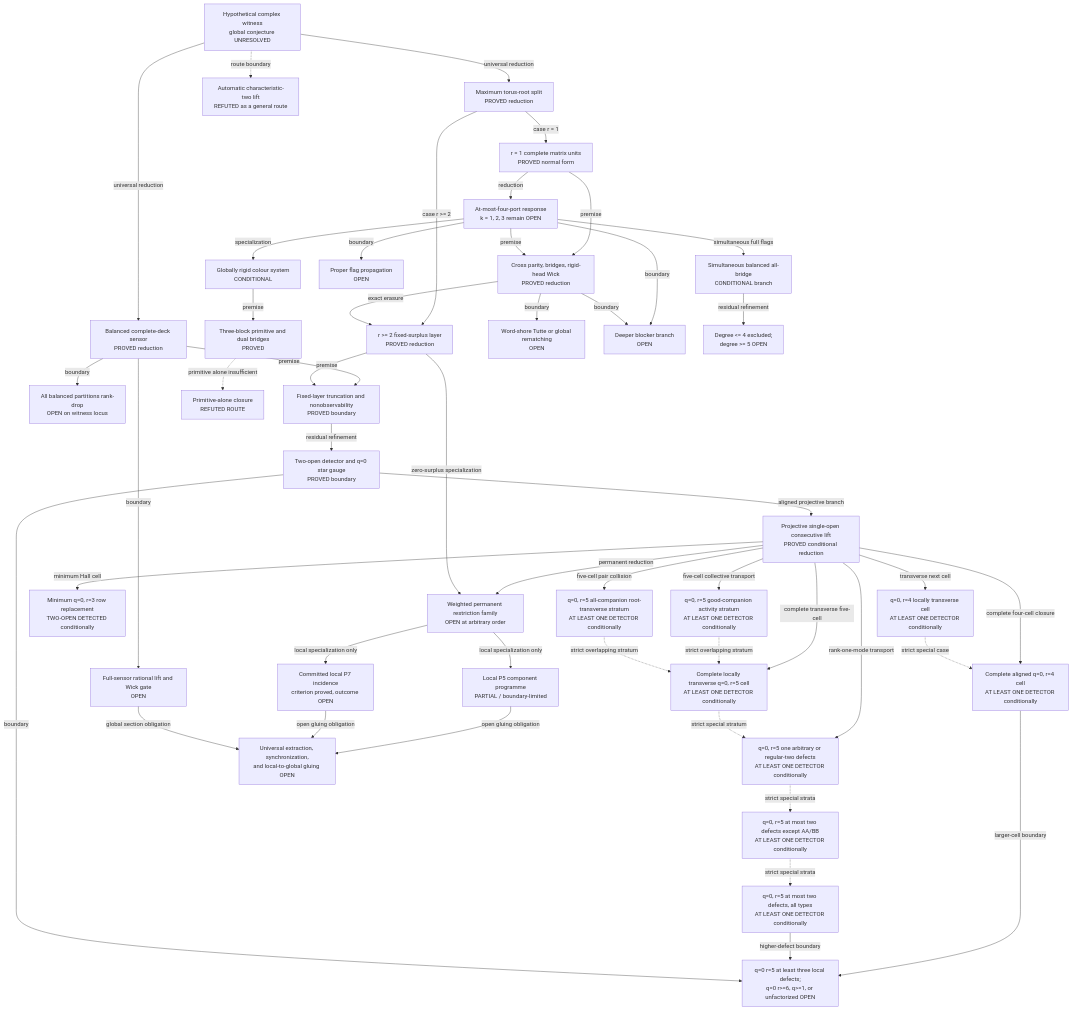
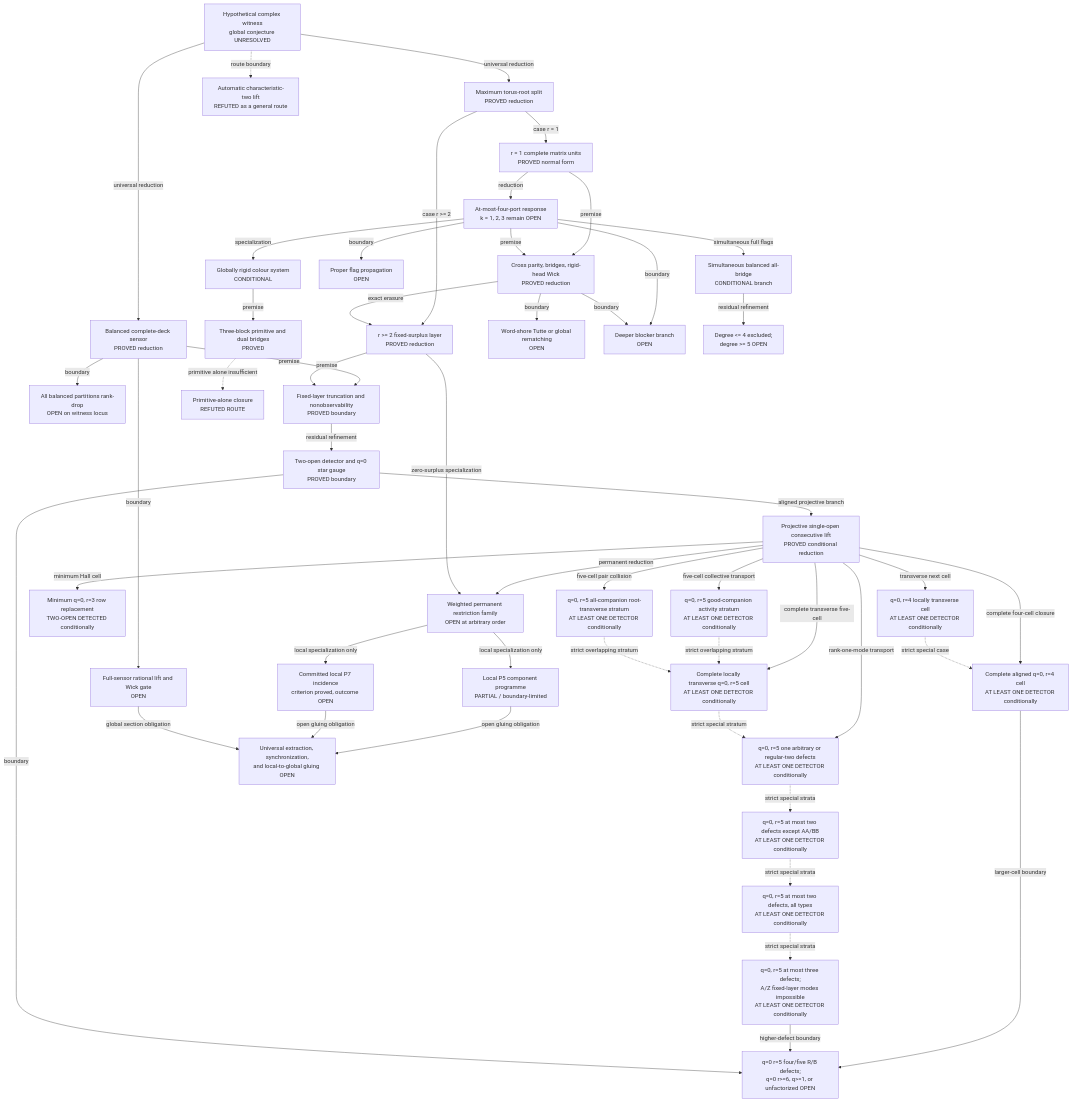
Before and after one commit to YesterdaysLemon/krenn-gu-research: the diagram in docs/current-frontier.md, drawn with Mermaid. The commit also changed other lines of this file and 6 other files, not shown here.

Commit message:
Prove complete three-defect five-cell detector (#94)

```diff
--- a/docs/current-frontier.md
+++ b/docs/current-frontier.md
@@ -63,7 +63,8 @@
   O2D["q=0, r=5 one arbitrary or regular-two defects<br/>AT LEAST ONE DETECTOR conditionally"]
   O2E["q=0, r=5 at most two defects except AA/BB<br/>AT LEAST ONE DETECTOR conditionally"]
   O2G["q=0, r=5 at most two defects, all types<br/>AT LEAST ONE DETECTOR conditionally"]
-  O3["q=0 r=5 at least three local defects;<br/>q=0 r>=6, q>=1, or unfactorized OPEN"]
+  O2H["q=0, r=5 at most three defects;<br/>A/Z fixed-layer modes impossible<br/>AT LEAST ONE DETECTOR conditionally"]
+  O3["q=0 r=5 four/five R/B defects;<br/>q=0 r>=6, q>=1, or unfactorized OPEN"]
 
   U1["r = 1 complete matrix units<br/>PROVED normal form"]
   U2["At-most-four-port response<br/>k = 1, 2, 3 remain OPEN"]
@@ -108,8 +109,9 @@
   O2C -. strict special stratum .-> O2D
   O2D -. strict special strata .-> O2E
   O2E -. strict special strata .-> O2G
+  O2G -. strict special strata .-> O2H
   O2F -->|larger-cell boundary| O3
-  O2G -->|higher-defect boundary| O3
+  O2H -->|higher-defect boundary| O3
   O2 -->|boundary| O3
   M2 -->|zero-surplus specialization| PR
 
```
